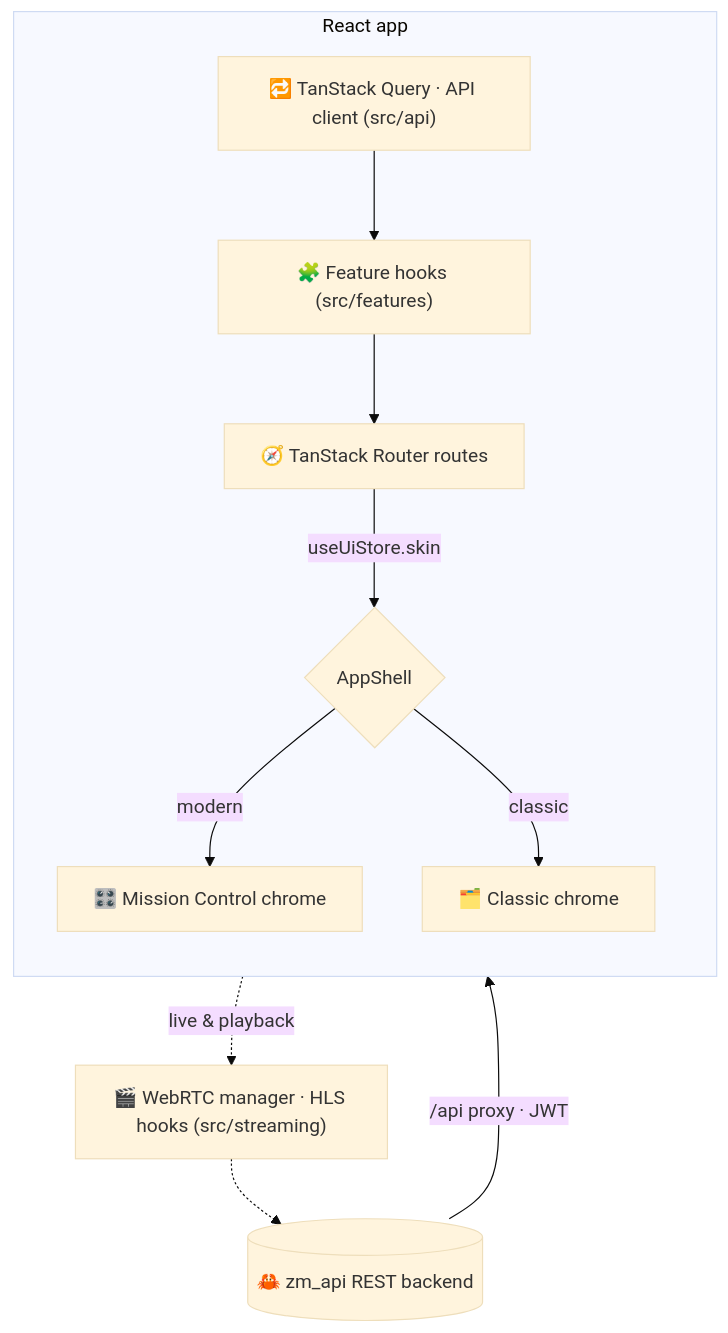
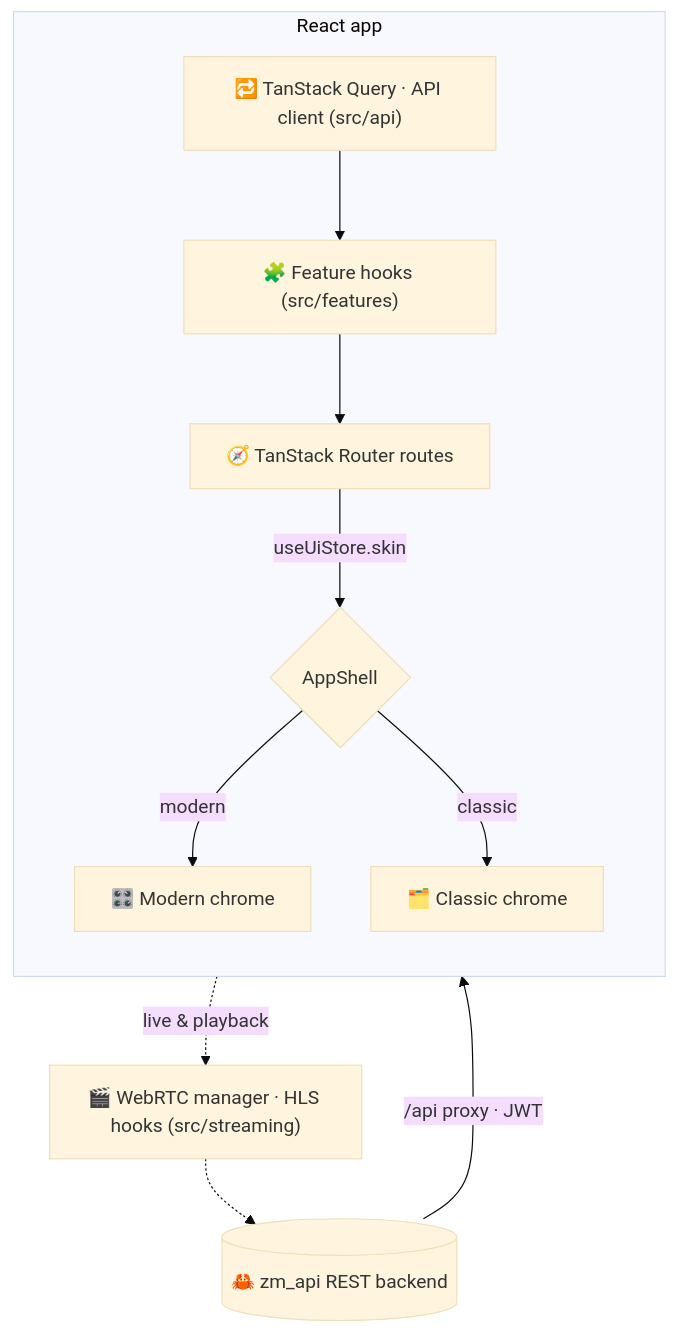
The diagram in README.md (SteveGilvarry/zm-web), drawn with Mermaid (base theme) before and after one commit. The commit also changed other lines of this file and 44 other files, not shown here.

First line of the commit message:
rename(skin): Mission Control is now Modern

````diff
--- a/README.md
+++ b/README.md
@@ -95,16 +95,16 @@
 ```mermaid
 flowchart TD
     API[("🦀 zm_api REST backend")] -->|/api proxy · JWT| Client
 
     subgraph Client["React app"]
         direction TB
         Q["🔁 TanStack Query · API client (src/api)"] --> Hooks["🧩 Feature hooks (src/features)"]
         Hooks --> Routes["🧭 TanStack Router routes"]
         Routes -->|useUiStore.skin| Shell{"AppShell"}
-        Shell -->|modern| MC["🎛️ Mission Control chrome"]
+        Shell -->|modern| MC["🎛️ Modern chrome"]
         Shell -->|classic| CL["🗂️ Classic chrome"]
     end
 
     Hooks -.live & playback.-> Stream["🎬 WebRTC manager · HLS hooks (src/streaming)"]
     Stream -.-> API
 ```
````
